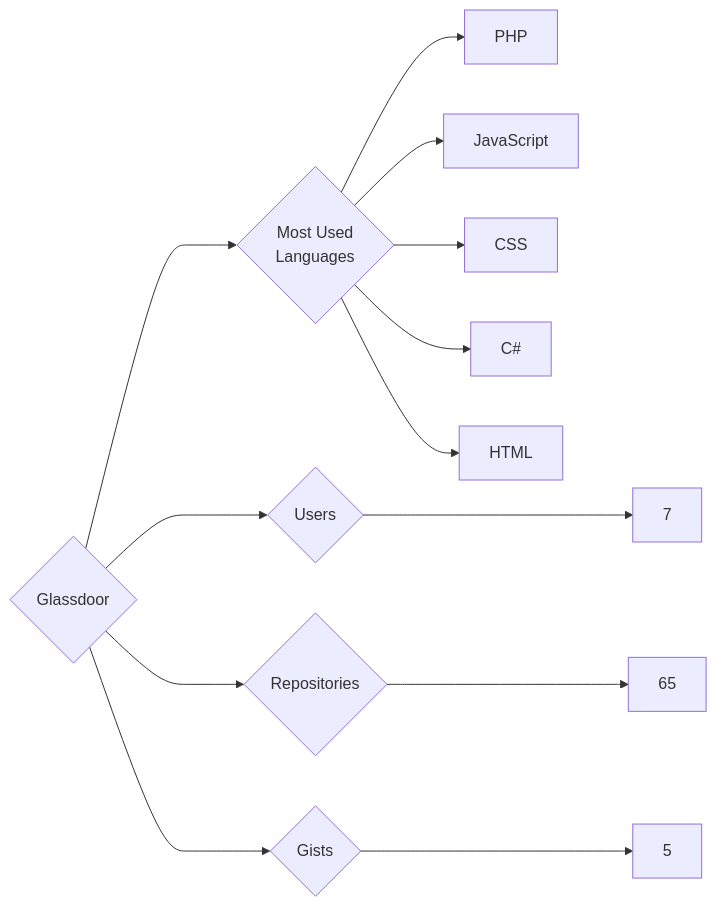
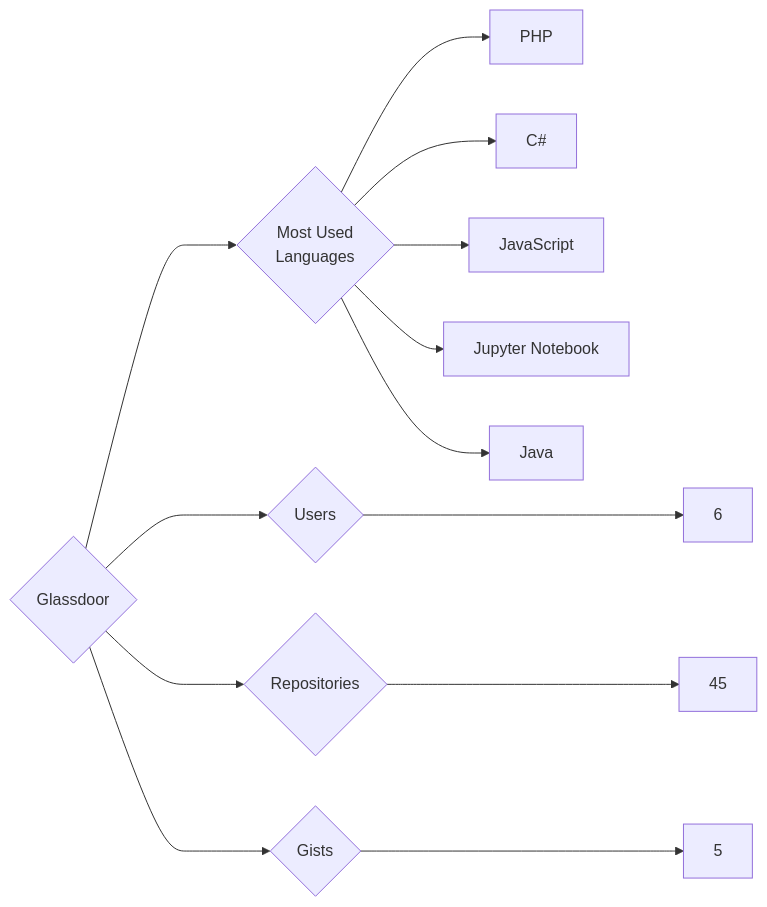
The diagram in targets/Glassdoor/README.md (trickest/insiders), drawn with Mermaid before and after one commit. The commit also changed 934 other files, not shown here.

````diff
--- a/targets/Glassdoor/README.md
+++ b/targets/Glassdoor/README.md
@@ -3,13 +3,13 @@
 ```mermaid
 graph LR
 COMPANY_NAME{Glassdoor}
-COMPANY_NAME ---> U{Users} ---> UN[7]
-COMPANY_NAME ---> R{Repositories} ---> RN[65]
+COMPANY_NAME ---> U{Users} ---> UN[6]
+COMPANY_NAME ---> R{Repositories} ---> RN[45]
 COMPANY_NAME ---> G{Gists} ---> GN[5]
 COMPANY_NAME ---> ML{Most Used<br>Languages}
 ML --> PHP[PHP]
+ML --> C#[C#]
 ML --> JavaScript[JavaScript]
-ML --> CSS[CSS]
-ML --> C#[C#]
-ML --> HTML[HTML]
+ML --> Jupyter_Notebook[Jupyter Notebook]
+ML --> Java[Java]
 ```
````
